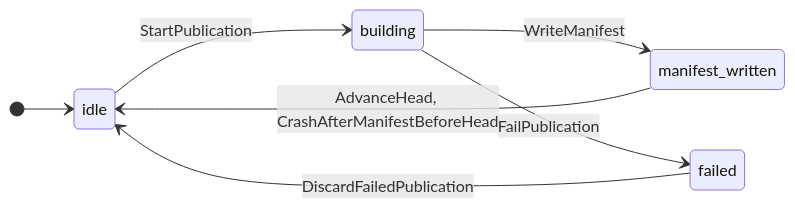
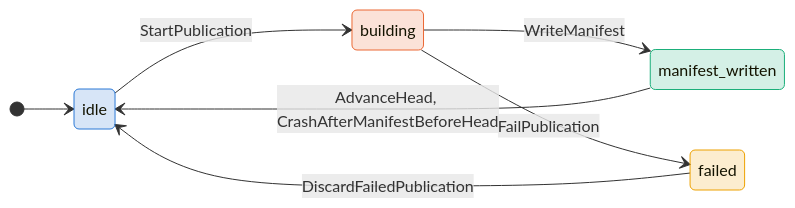
Before and after one commit to antflydb/antfly: the first of 2 diagrams in zig/specs/tla/diagrams/storage/lite/AntflyLitePublication.md, drawn with Mermaid. The commit also changed 27 other files, not shown here.

````diff
--- a/zig/specs/tla/diagrams/storage/lite/AntflyLitePublication.md
+++ b/zig/specs/tla/diagrams/storage/lite/AntflyLitePublication.md
@@ -13,10 +13,18 @@
 ```mermaid
 stateDiagram-v2
     direction LR
     [*] --> idle
     idle --> building : StartPublication
     building --> manifest_written : WriteManifest
     manifest_written --> idle : AdvanceHead, CrashAfterManifestBeforeHead
     building --> failed : FailPublication
     failed --> idle : DiscardFailedPublication
+    classDef c_idle fill:#2a78d630,stroke:#2a78d6
+    class idle c_idle
+    classDef c_building fill:#eb683430,stroke:#eb6834
+    class building c_building
+    classDef c_manifest_written fill:#1baf7a30,stroke:#1baf7a
+    class manifest_written c_manifest_written
+    classDef c_failed fill:#eda10030,stroke:#eda100
+    class failed c_failed
 ```
````
